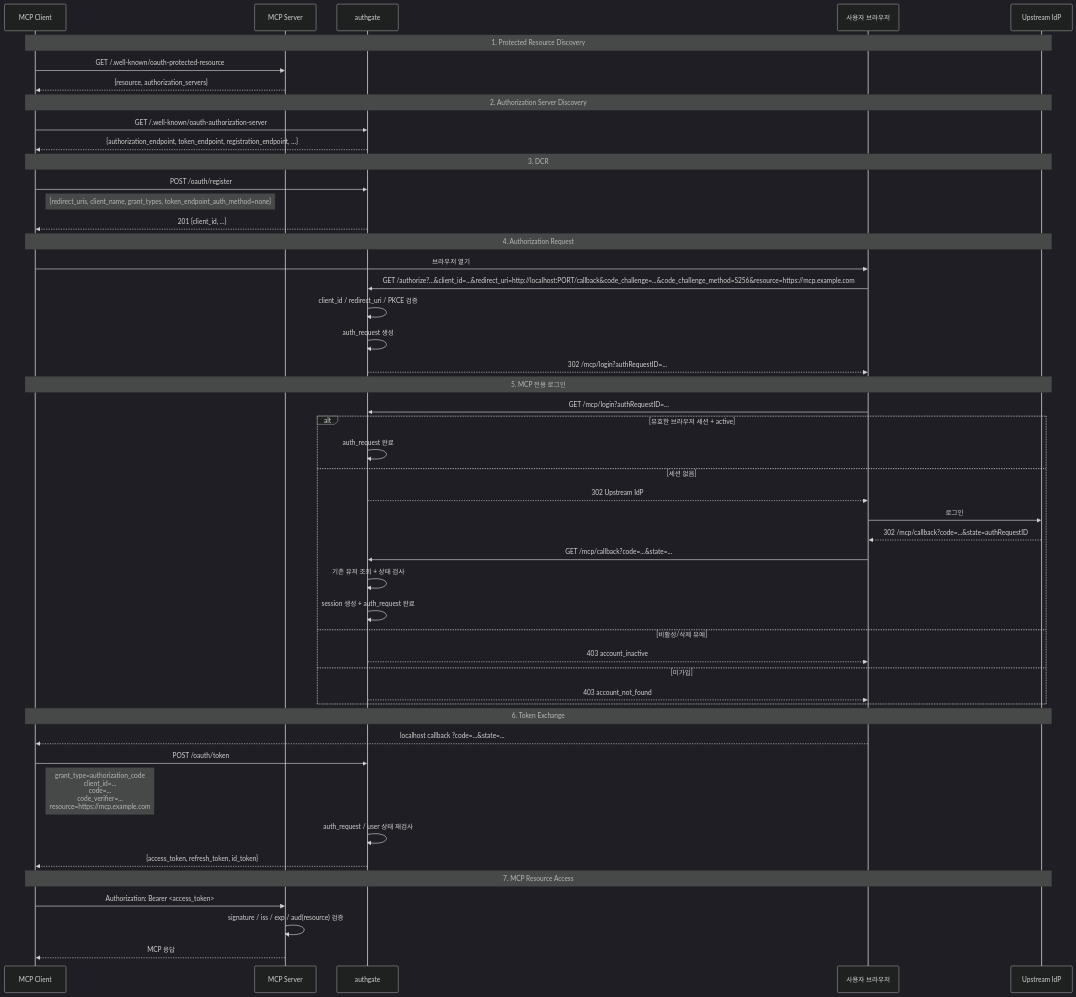
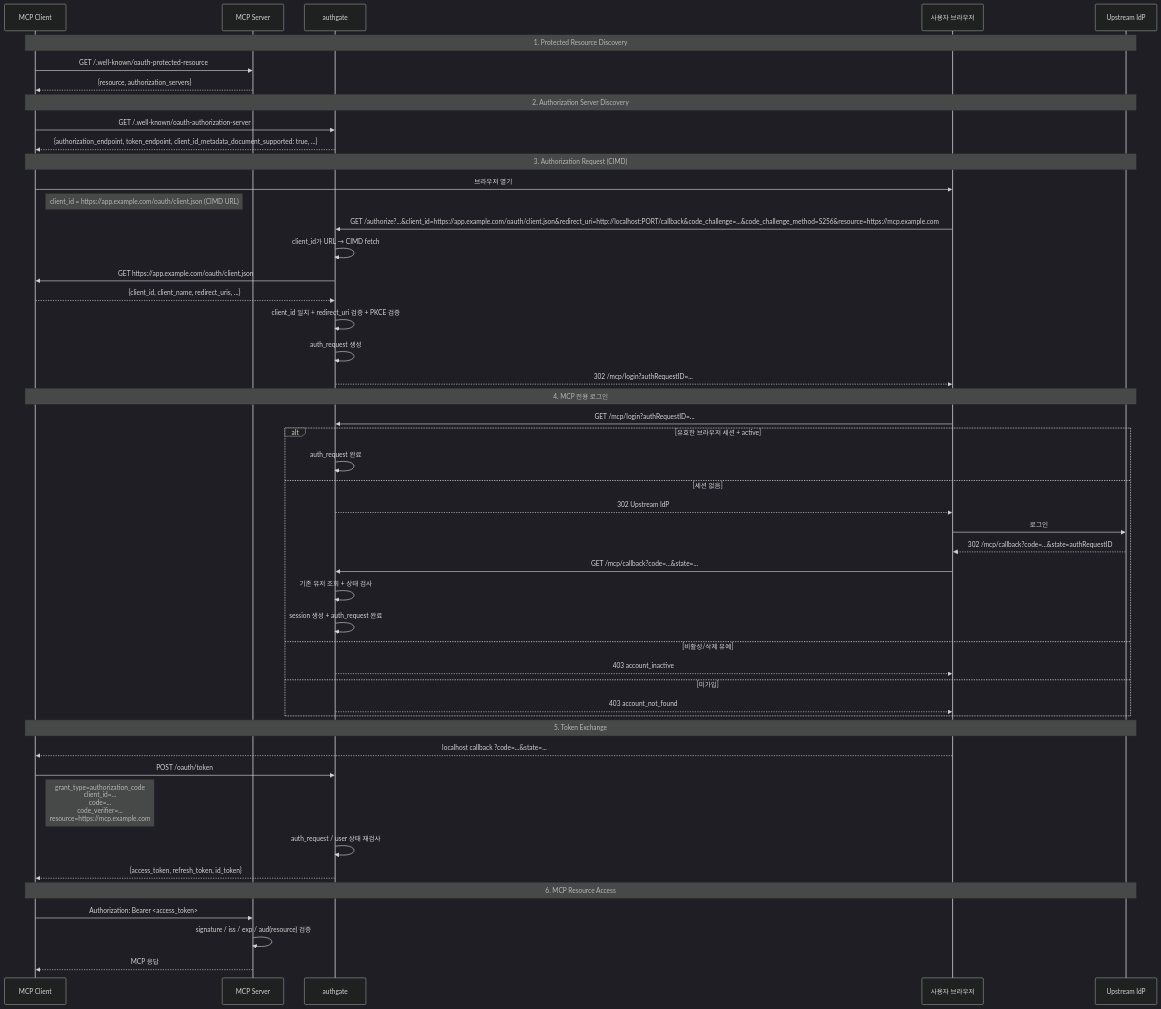
The diagram in docs/spec/004-mcp-login.md (cagojeiger/authgate), drawn with Mermaid (dark theme) before and after one commit. The commit also changed other lines of this file and 7 other files, not shown here.

````diff
--- a/docs/spec/004-mcp-login.md
+++ b/docs/spec/004-mcp-login.md
@@ -157,57 +156,56 @@
 ```mermaid
 sequenceDiagram
     participant C as MCP Client
     participant R as MCP Server
     participant AG as authgate
     participant U as 사용자 브라우저
     participant G as Upstream IdP
 
     Note over C,G: 1. Protected Resource Discovery
     C->>R: GET /.well-known/oauth-protected-resource
     R-->>C: {resource, authorization_servers}
 
     Note over C,G: 2. Authorization Server Discovery
     C->>AG: GET /.well-known/oauth-authorization-server
-    AG-->>C: {authorization_endpoint, token_endpoint, registration_endpoint, ...}
+    AG-->>C: {authorization_endpoint, token_endpoint, client_id_metadata_document_supported: true, ...}
 
-    Note over C,G: 3. DCR
-    C->>AG: POST /oauth/register
-    Note right of C: {redirect_uris, client_name, grant_types, token_endpoint_auth_method=none}
-    AG-->>C: 201 {client_id, ...}
-
-    Note over C,G: 4. Authorization Request
+    Note over C,G: 3. Authorization Request (CIMD)
     C->>U: 브라우저 열기
-    U->>AG: GET /authorize?...&client_id=...&redirect_uri=http://localhost:PORT/callback&code_challenge=...&code_challenge_method=S256&resource=https://mcp.example.com
-    AG->>AG: client_id / redirect_uri / PKCE 검증
+    Note right of C: client_id = https://app.example.com/oauth/client.json (CIMD URL)
+    U->>AG: GET /authorize?...&client_id=https://app.example.com/oauth/client.json&redirect_uri=http://localhost:PORT/callback&code_challenge=...&code_challenge_method=S256&resource=https://mcp.example.com
+    AG->>AG: client_id가 URL → CIMD fetch
+    AG->>C: GET https://app.example.com/oauth/client.json
+    C-->>AG: {client_id, client_name, redirect_uris, ...}
+    AG->>AG: client_id 일치 + redirect_uri 검증 + PKCE 검증
     AG->>AG: auth_request 생성
     AG-->>U: 302 /mcp/login?authRequestID=...
 
-    Note over C,G: 5. MCP 전용 로그인
+    Note over C,G: 4. MCP 전용 로그인
     U->>AG: GET /mcp/login?authRequestID=...
     alt 유효한 브라우저 세션 + active
         AG->>AG: auth_request 완료
     else 세션 없음
         AG-->>U: 302 Upstream IdP
         U->>G: 로그인
         G-->>U: 302 /mcp/callback?code=...&state=authRequestID
         U->>AG: GET /mcp/callback?code=...&state=...
         AG->>AG: 기존 유저 조회 + 상태 검사
         AG->>AG: session 생성 + auth_request 완료
     else 비활성/삭제 유예
         AG-->>U: 403 account_inactive
     else 미가입
         AG-->>U: 403 account_not_found
     end
 
-    Note over C,G: 6. Token Exchange
+    Note over C,G: 5. Token Exchange
     U-->>C: localhost callback ?code=...&state=...
     C->>AG: POST /oauth/token
     Note right of C: grant_type=authorization_code<br/>client_id=...<br/>code=...<br/>code_verifier=...<br/>resource=https://mcp.example.com
     AG->>AG: auth_request / user 상태 재검사
     AG-->>C: {access_token, refresh_token, id_token}
 
-    Note over C,G: 7. MCP Resource Access
+    Note over C,G: 6. MCP Resource Access
     C->>R: Authorization: Bearer <access_token>
     R->>R: signature / iss / exp / aud(resource) 검증
     R-->>C: MCP 응답
 ```
````
